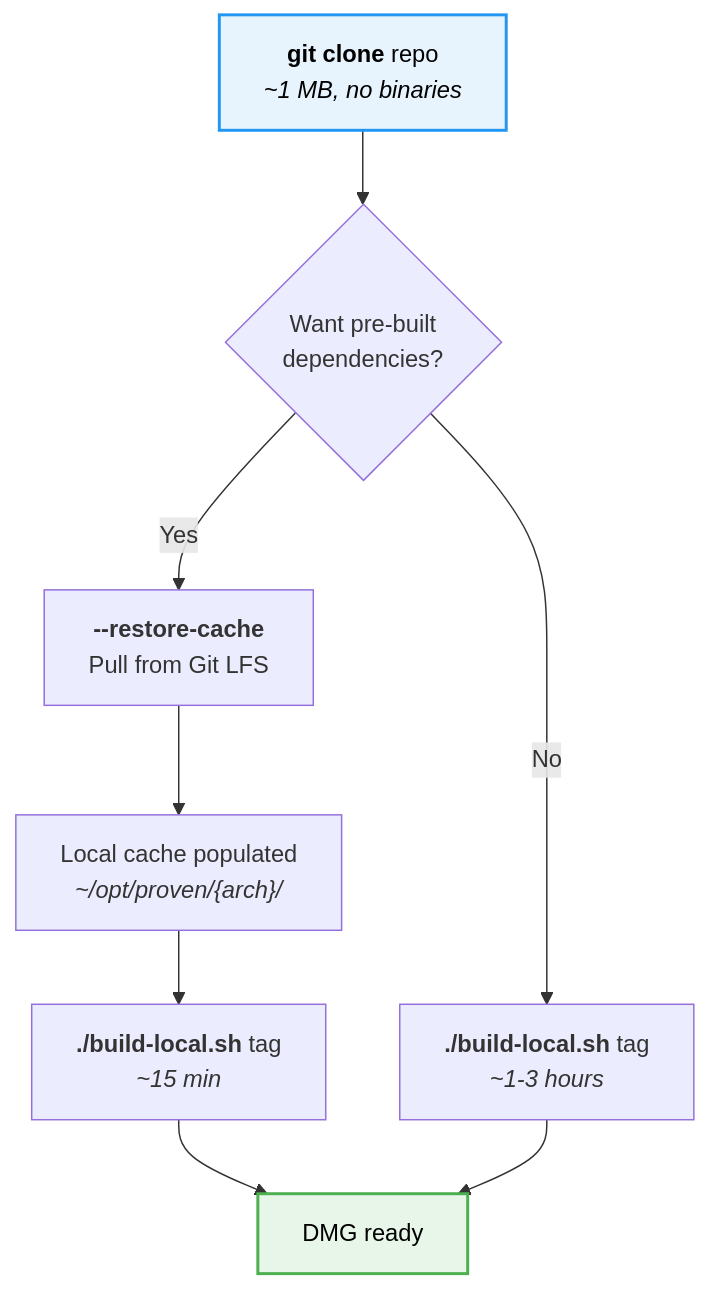
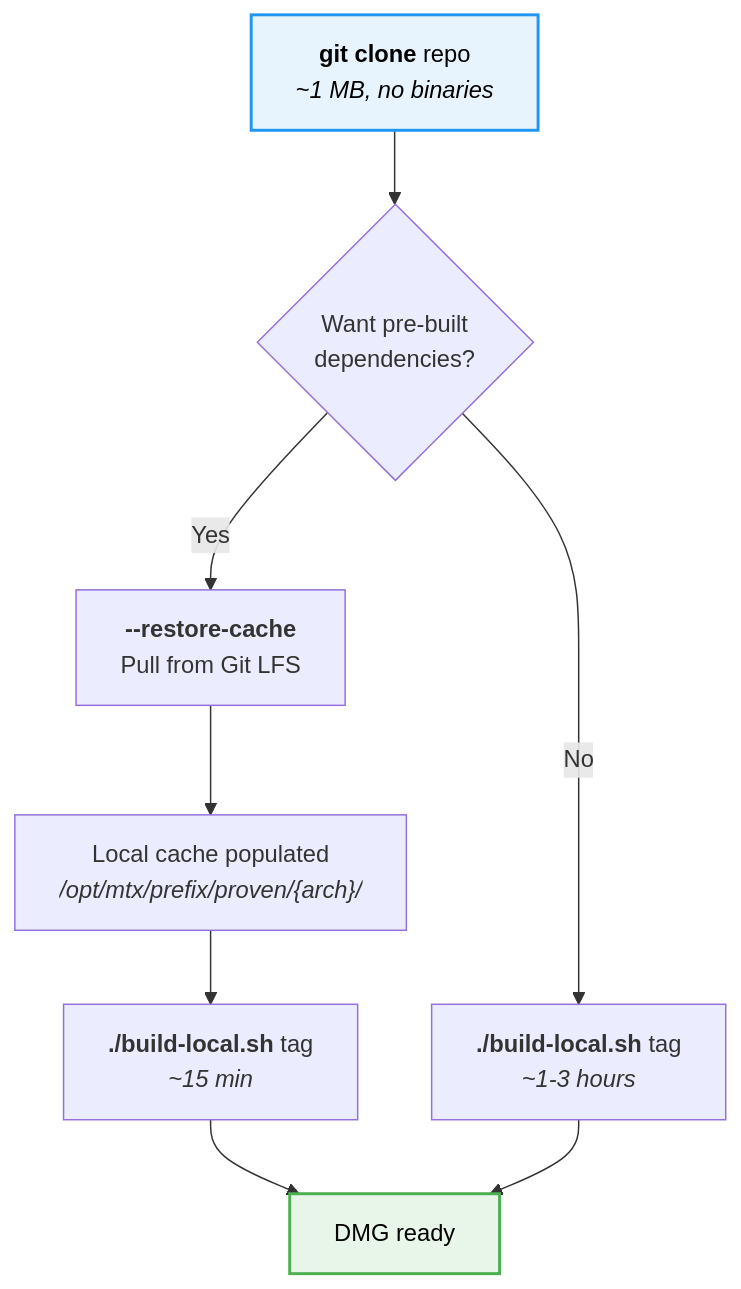
One commit to CorticalCode/mkvtoolnix-gui-macos changed the first of 5 diagrams in docs/build-workflow.md. Above: the diagram before and after it, drawn with Mermaid. The commit also changed other lines of this file and 7 other files, not shown here.

````diff
--- a/docs/build-workflow.md
+++ b/docs/build-workflow.md
@@ -18,16 +18,16 @@
 ```mermaid
 flowchart TD
     A["<b>git clone</b> repo<br/><i>~1 MB, no binaries</i>"] --> B{"Want pre-built<br/>dependencies?"}
 
     B -->|Yes| C["<b>--restore-cache</b><br/>Pull from Git LFS"]
-    C --> D["Local cache populated<br/><i>~/opt/proven/{arch}/</i>"]
+    C --> D["Local cache populated<br/><i>/opt/mtx/prefix/proven/{arch}/</i>"]
     D --> E["<b>./build-local.sh</b> tag<br/><i>~15 min</i>"]
 
     B -->|No| F["<b>./build-local.sh</b> tag<br/><i>~1-3 hours</i>"]
 
     E --> G["DMG ready"]
     F --> G
 
     style A fill:#e8f4fd,stroke:#2196f3,stroke-width:2px,color:#000
     style G fill:#e8f5e9,stroke:#4caf50,stroke-width:2px,color:#000
 ```
````
